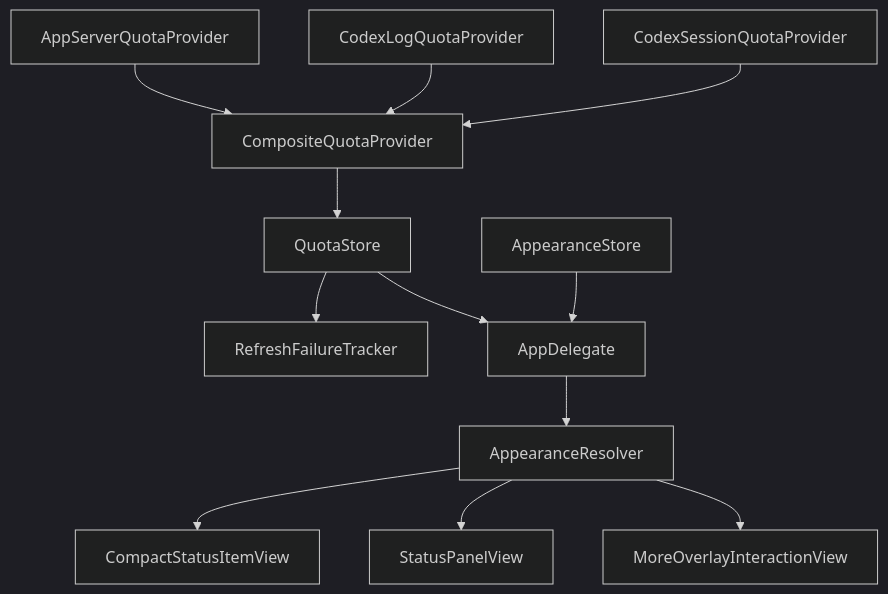
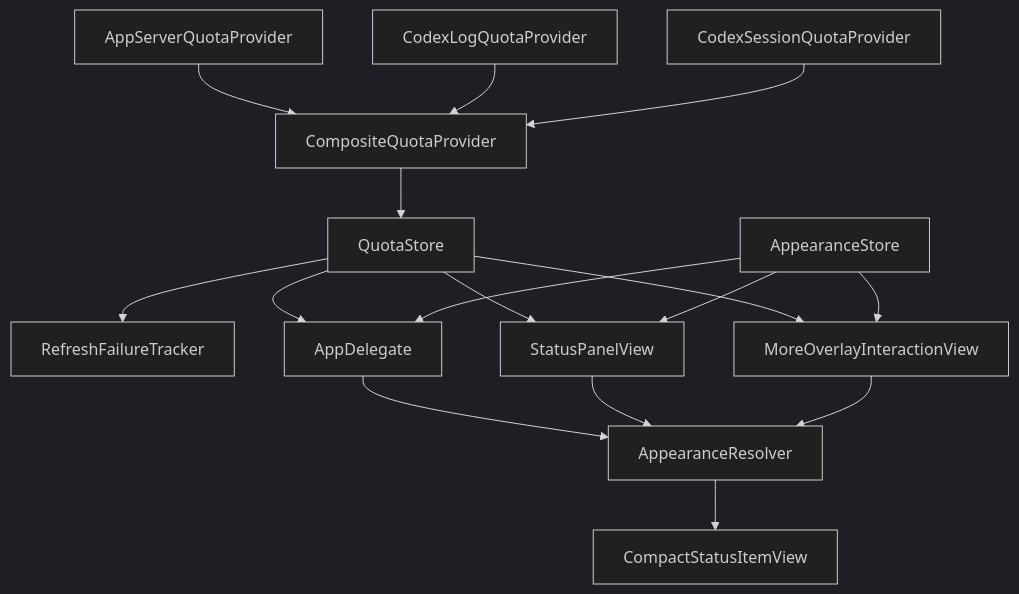
The diagram in docs/superpowers/plans/2026-07-18-loud-readme-visual-refresh.md (onlytwokey/Codex-Limit-Peek), drawn with Mermaid (dark theme) before and after one commit. The commit also changed other lines of this file and 3 other files, not shown here.

````diff
--- a/docs/superpowers/plans/2026-07-18-loud-readme-visual-refresh.md
+++ b/docs/superpowers/plans/2026-07-18-loud-readme-visual-refresh.md
@@ -701,14 +701,18 @@
 ```mermaid
 flowchart TD
     AppServerQuotaProvider --> CompositeQuotaProvider
     CodexLogQuotaProvider --> CompositeQuotaProvider
     CodexSessionQuotaProvider --> CompositeQuotaProvider
     CompositeQuotaProvider --> QuotaStore
     QuotaStore --> RefreshFailureTracker
     QuotaStore --> AppDelegate
     AppearanceStore --> AppDelegate
     AppDelegate --> AppearanceResolver
     AppearanceResolver --> CompactStatusItemView
-    AppearanceResolver --> StatusPanelView
-    AppearanceResolver --> MoreOverlayInteractionView
+    QuotaStore --> StatusPanelView
+    AppearanceStore --> StatusPanelView
+    StatusPanelView --> AppearanceResolver
+    QuotaStore --> MoreOverlayInteractionView
+    AppearanceStore --> MoreOverlayInteractionView
+    MoreOverlayInteractionView --> AppearanceResolver
 ```
````
